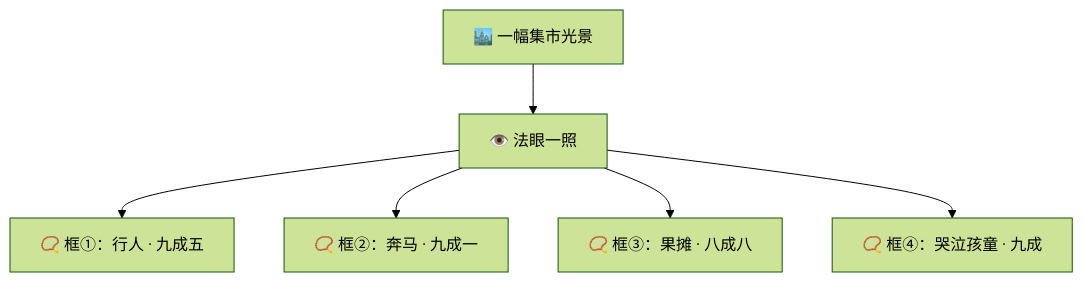
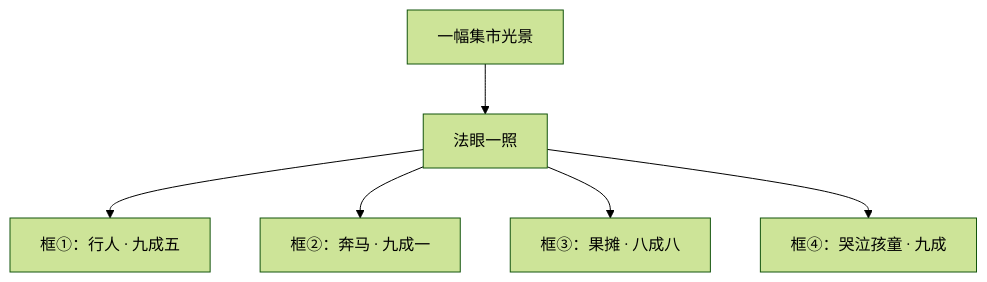
The third of 4 diagrams in docs/09_STORY_修仙学AI/STORY-番外/[STORY-番外-103] 番外04·法眼观物·一照真章.md (luckykhy/KhyAiHub), drawn with Mermaid (forest theme) before and after one commit. The commit also changed other lines of this file and 19 other files, not shown here.

````diff
--- a/docs/09_STORY_修仙学AI/STORY-番外/[STORY-番外-103] 番外04·法眼观物·一照真章.md
+++ b/docs/09_STORY_修仙学AI/STORY-番外/[STORY-番外-103] 番外04·法眼观物·一照真章.md
@@ -114,8 +114,8 @@
 ```mermaid
 flowchart TB
-  PIC["🏙️ 一幅集市光景"] --> Y["👁️ 法眼一照"]
-  Y --> R1["📿 框①：行人 · 九成五"]
-  Y --> R2["📿 框②：奔马 · 九成一"]
-  Y --> R3["📿 框③：果摊 · 八成八"]
-  Y --> R4["📿 框④：哭泣孩童 · 九成"]
+  PIC["一幅集市光景"] --> Y["法眼一照"]
+  Y --> R1["框①：行人 · 九成五"]
+  Y --> R2["框②：奔马 · 九成一"]
+  Y --> R3["框③：果摊 · 八成八"]
+  Y --> R4["框④：哭泣孩童 · 九成"]
 ```
````
